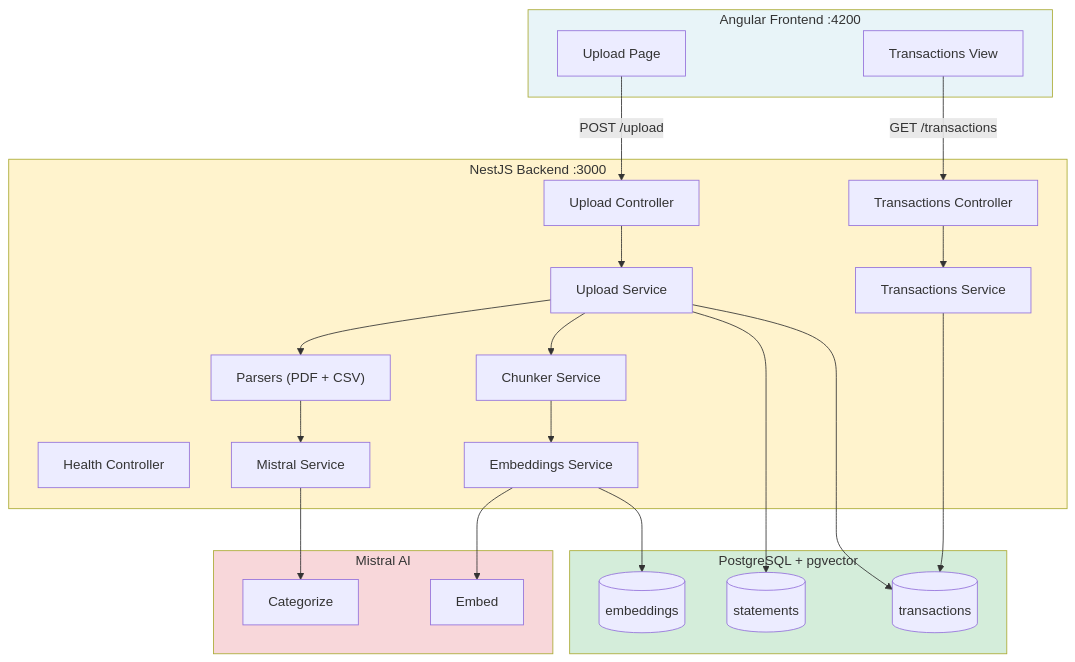
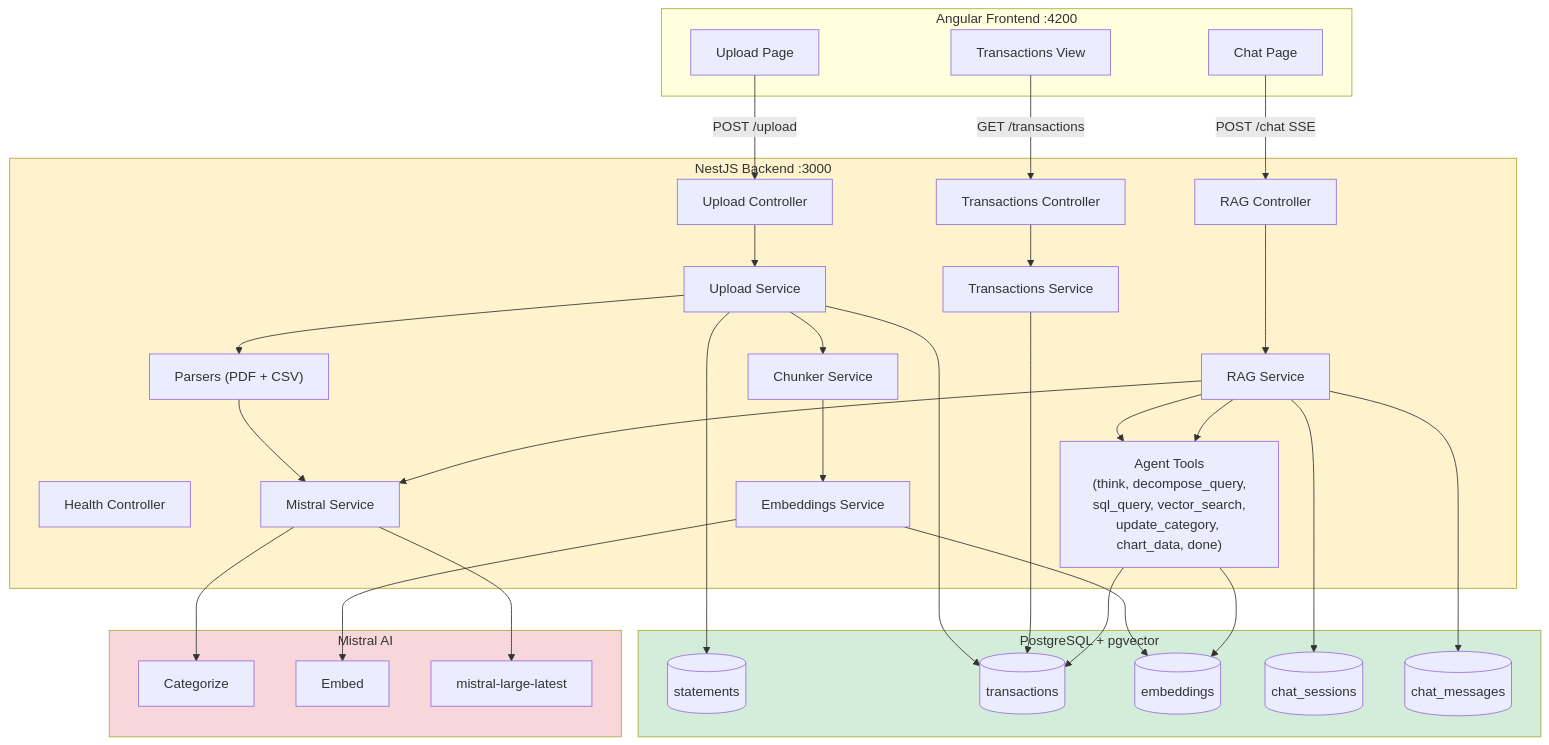
The diagram in README.md (darth-dodo/ledger), drawn with Mermaid before and after one commit. The commit also changed other lines of this file, not shown here.

First line of the commit message:
docs: update README for M5 RAG chat and adaptive query decomposition

````diff
--- a/README.md
+++ b/README.md
@@ -51,46 +57,64 @@
 ```mermaid
 graph TB
     subgraph Frontend ["Angular Frontend :4200"]
         UP[Upload Page]
         TX[Transactions View]
     end
 
+    subgraph Frontend ["Angular Frontend :4200"]
+        UP[Upload Page]
+        TX[Transactions View]
+        CH[Chat Page]
+    end
+
     subgraph Backend ["NestJS Backend :3000"]
         UC[Upload Controller]
         TC[Transactions Controller]
+        RC[RAG Controller]
         HC[Health Controller]
 
         US[Upload Service]
         PS["Parsers (PDF + CSV)"]
         MS[Mistral Service]
         CS[Chunker Service]
         ES[Embeddings Service]
         TS[Transactions Service]
+        RS[RAG Service]
+        AG["Agent Tools\n(think, decompose_query,\nsql_query, vector_search,\nupdate_category, chart_data, done)"]
     end
 
     subgraph Data ["PostgreSQL + pgvector"]
         ST[(statements)]
         TT[(transactions)]
         EM[(embeddings)]
+        SS[(chat_sessions)]
+        SM[(chat_messages)]
     end
 
     subgraph External ["Mistral AI"]
         CAT[Categorize]
         EMB[Embed]
+        LLM[mistral-large-latest]
     end
 
     UP -->|POST /upload| UC
     TX -->|GET /transactions| TC
+    CH -->|POST /chat SSE| RC
 
     UC --> US --> PS --> MS --> CAT
     US --> CS --> ES --> EMB
     US --> ST
     US --> TT
     ES --> EM
     TC --> TS --> TT
+    RC --> RS --> MS --> LLM
+    RS --> AG --> TT
+    RS --> AG --> EM
+    RS --> SS
+    RS --> SM
 
     style Frontend fill:#e8f4f8
     style Backend fill:#fff3cd
     style Data fill:#d4edda
     style External fill:#f8d7da
 ```
````
